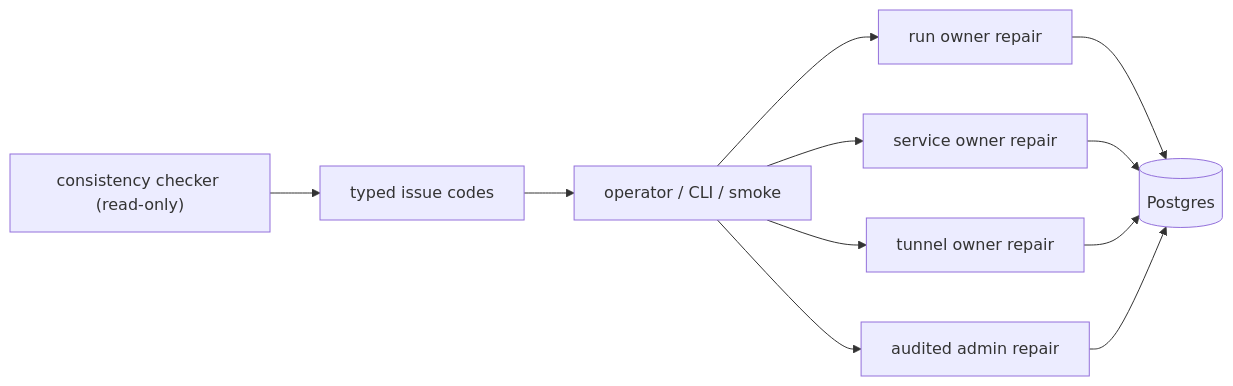
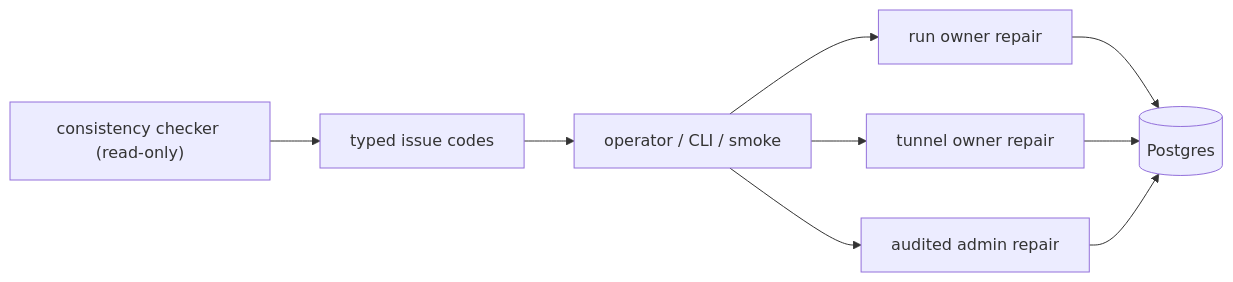
One commit to cofy-x/axern changed the first of 2 diagrams in control/controld/docs/consistency-repair-boundaries.md. Above: the diagram before and after it, drawn with Mermaid. The commit also changed other lines of this file and 566 other files, not shown here.

````diff
--- a/control/controld/docs/consistency-repair-boundaries.md
+++ b/control/controld/docs/consistency-repair-boundaries.md
@@ -23,13 +21,11 @@
 ```mermaid
 flowchart LR
   Checker["consistency checker (read-only)"] --> Issues["typed issue codes"]
   Issues --> Operator["operator / CLI / smoke"]
   Operator --> Run["run owner repair"]
-  Operator --> Service["service owner repair"]
   Operator --> Tunnel["tunnel owner repair"]
   Operator --> Admin["audited admin repair"]
   Run --> DB[("Postgres")]
-  Service --> DB
   Tunnel --> DB
   Admin --> DB
 ```
````
